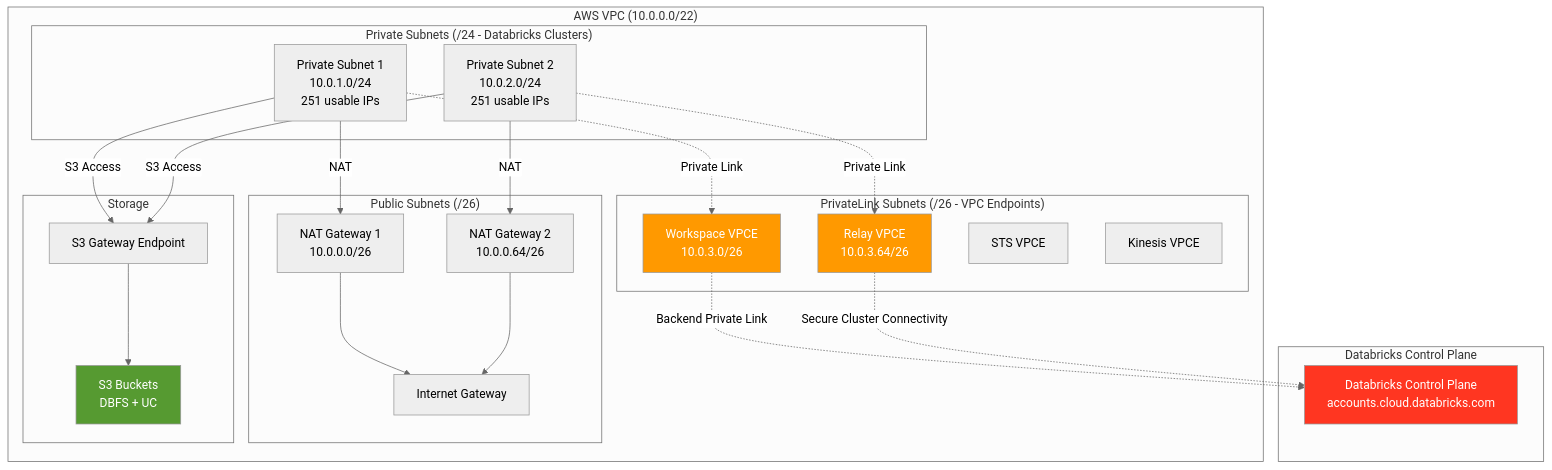
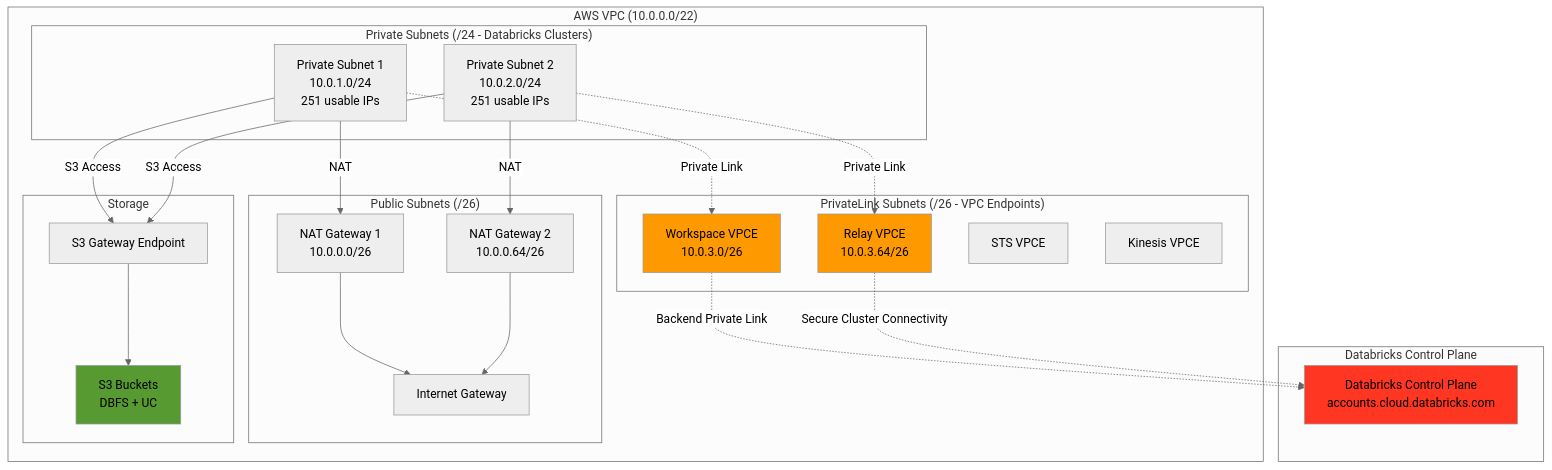
One commit to bhavink/databricks changed the first of 3 diagrams in awsdb4u/README.md. Above: the diagram before and after it, drawn with Mermaid (neutral theme). The commit also changed other lines of this file and 31 other files, not shown here.

Commit message:
Fix mermaid rendering errors and restore markdown headings

````diff
--- a/awsdb4u/README.md
+++ b/awsdb4u/README.md
@@ -116,51 +116,51 @@
 ```mermaid
 graph TB
     subgraph "AWS VPC (10.0.0.0/22)"
         subgraph "Public Subnets (/26)"
             NAT1[NAT Gateway 1<br/>10.0.0.0/26]
             NAT2[NAT Gateway 2<br/>10.0.0.64/26]
             IGW[Internet Gateway]
         end
         
         subgraph "Private Subnets (/24 - Databricks Clusters)"
             PRIV1[Private Subnet 1<br/>10.0.1.0/24<br/>251 usable IPs]
             PRIV2[Private Subnet 2<br/>10.0.2.0/24<br/>251 usable IPs]
         end
         
         subgraph "PrivateLink Subnets (/26 - VPC Endpoints)"
             VPCE1[Workspace VPCE<br/>10.0.3.0/26]
             VPCE2[Relay VPCE<br/>10.0.3.64/26]
             STS[STS VPCE]
             KINESIS[Kinesis VPCE]
         end
         
         subgraph "Storage"
             S3[S3 Buckets<br/>DBFS + UC]
             S3GW[S3 Gateway Endpoint]
         end
     end
     
     subgraph "Databricks Control Plane"
         CONTROL[Databricks Control Plane<br/>accounts.cloud.databricks.com]
     end
     
     PRIV1 -->|NAT| NAT1
     PRIV2 -->|NAT| NAT2
     NAT1 --> IGW
     NAT2 --> IGW
     
     PRIV1 -.->|Private Link| VPCE1
     PRIV2 -.->|Private Link| VPCE2
     
     VPCE1 -.->|Backend Private Link| CONTROL
     VPCE2 -.->|Secure Cluster Connectivity| CONTROL
     
     PRIV1 -->|S3 Access| S3GW
     PRIV2 -->|S3 Access| S3GW
     S3GW --> S3
     
-    style CONTROL fill:#FF3621,color:#fff
-    style S3 fill:#569A31,color:#fff
-    style VPCE1 fill:#FF9900,color:#fff
-    style VPCE2 fill:#FF9900,color:#fff
+    style CONTROL fill:#FF3621
+    style S3 fill:#569A31
+    style VPCE1 fill:#FF9900
+    style VPCE2 fill:#FF9900
 ```
````
